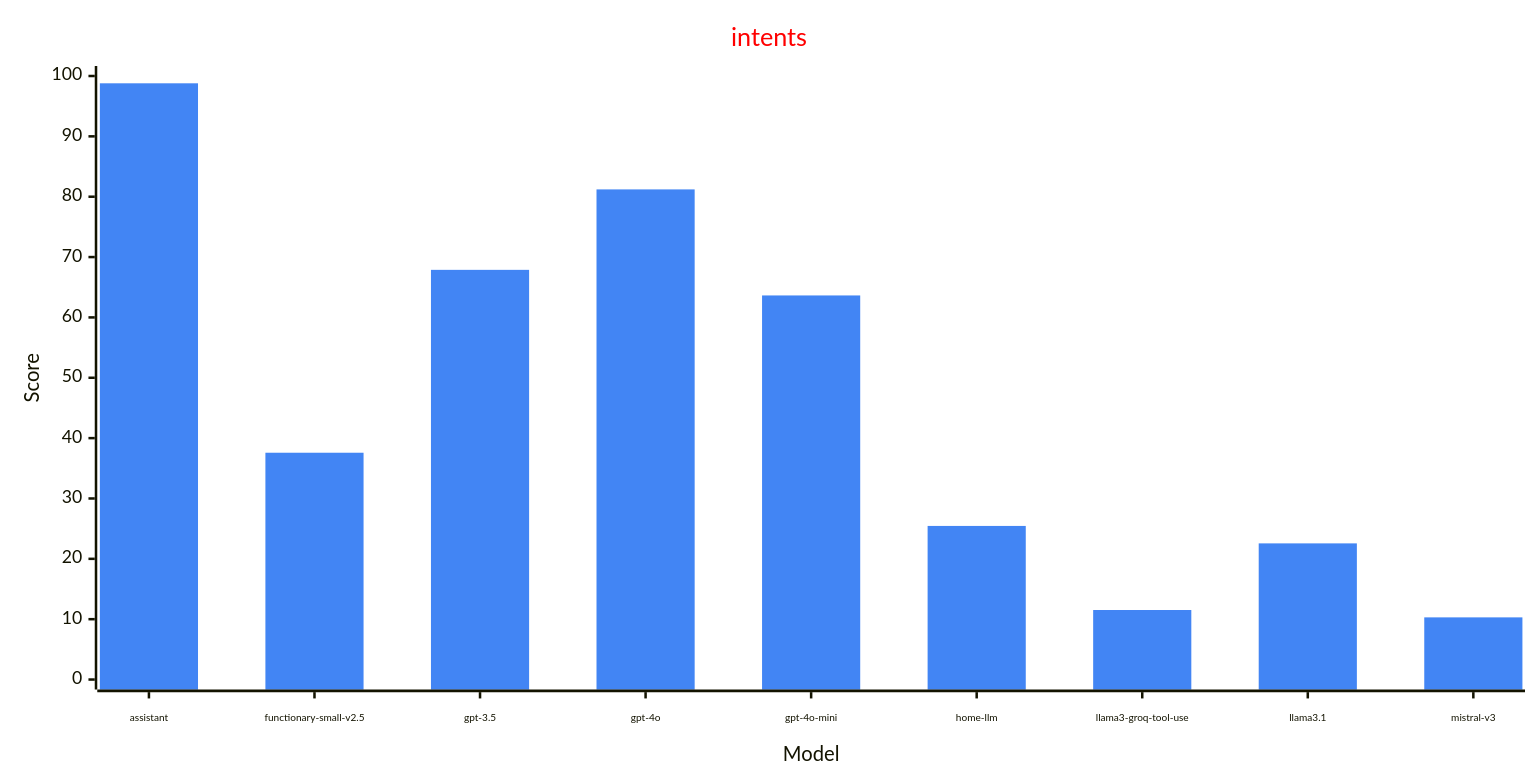
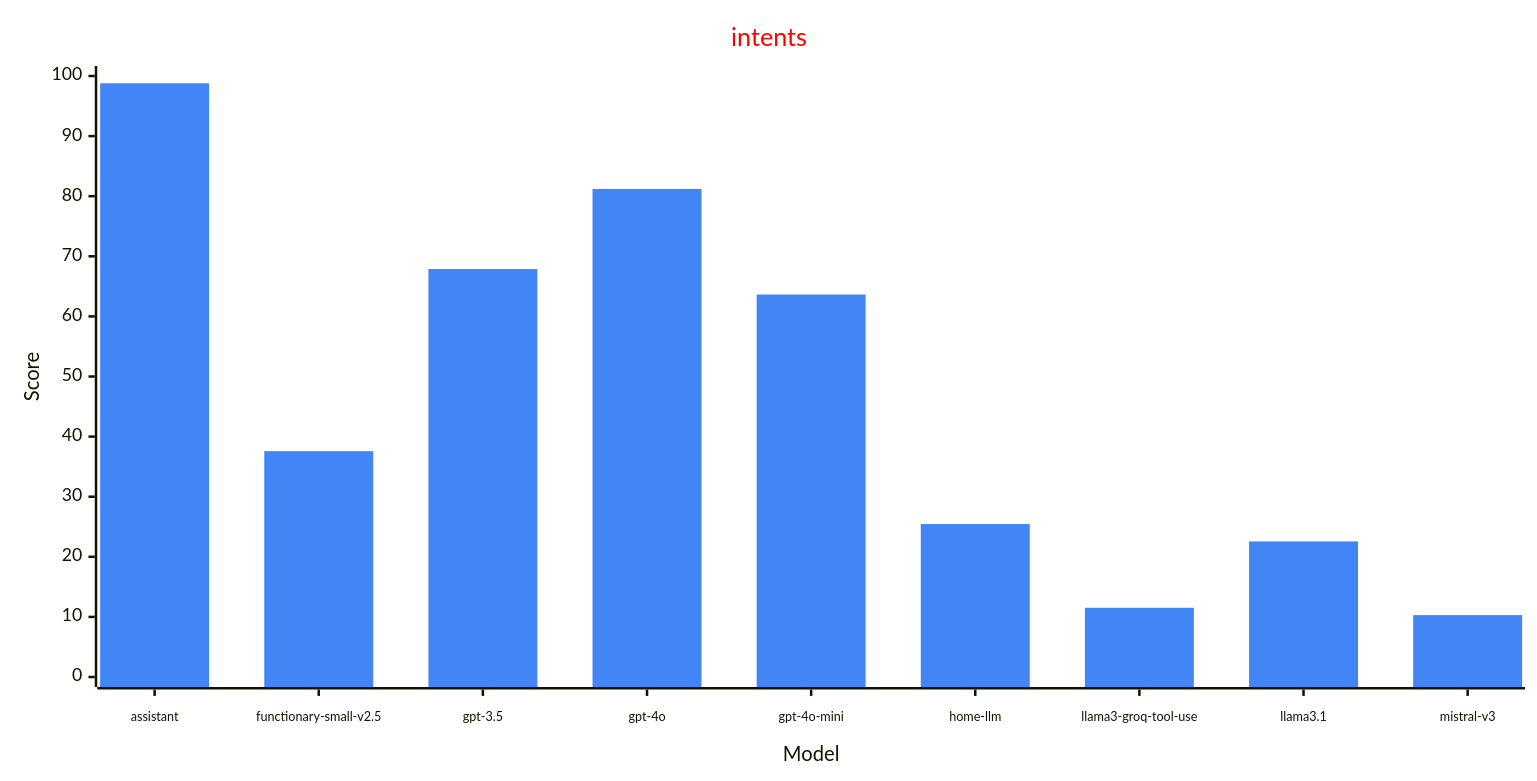
The third of 3 diagrams in reports/leaderboard.md (allenporter/home-assistant-datasets), drawn with Mermaid before and after one commit. The commit also changed other lines of this file and 1 other file, not shown here.

Commit message:
Increase font size

````diff
--- a/reports/leaderboard.md
+++ b/reports/leaderboard.md
@@ -62,21 +62,21 @@
 ```mermaid
 ---
 config:
     xyChart:
         width: 1200
         height: 600
         xAxis:
-          labelFontSize: 8
+          labelFontSize: 10
           labelPadding: 10
     themeVariables:
         xyChart:
             titleColor: "#ff0000"
             plotColorPalette: "#4285f4, #ea4335, #fbbc04, #34a853, #ff6d01, #46bdc6, #1155cc"
 
 ---
 xychart-beta
   title "intents"
   x-axis "Model" [assistant, functionary-small-v2.5, gpt-3.5, gpt-4o, gpt-4o-mini, home-llm, llama3-groq-tool-use, llama3.1, mistral-v3]
   y-axis "Score" 0 --> 100
   bar [98.79, 37.58, 67.88, 81.21, 63.64, 25.45, 11.52, 22.56, 10.3]
 ```
````
